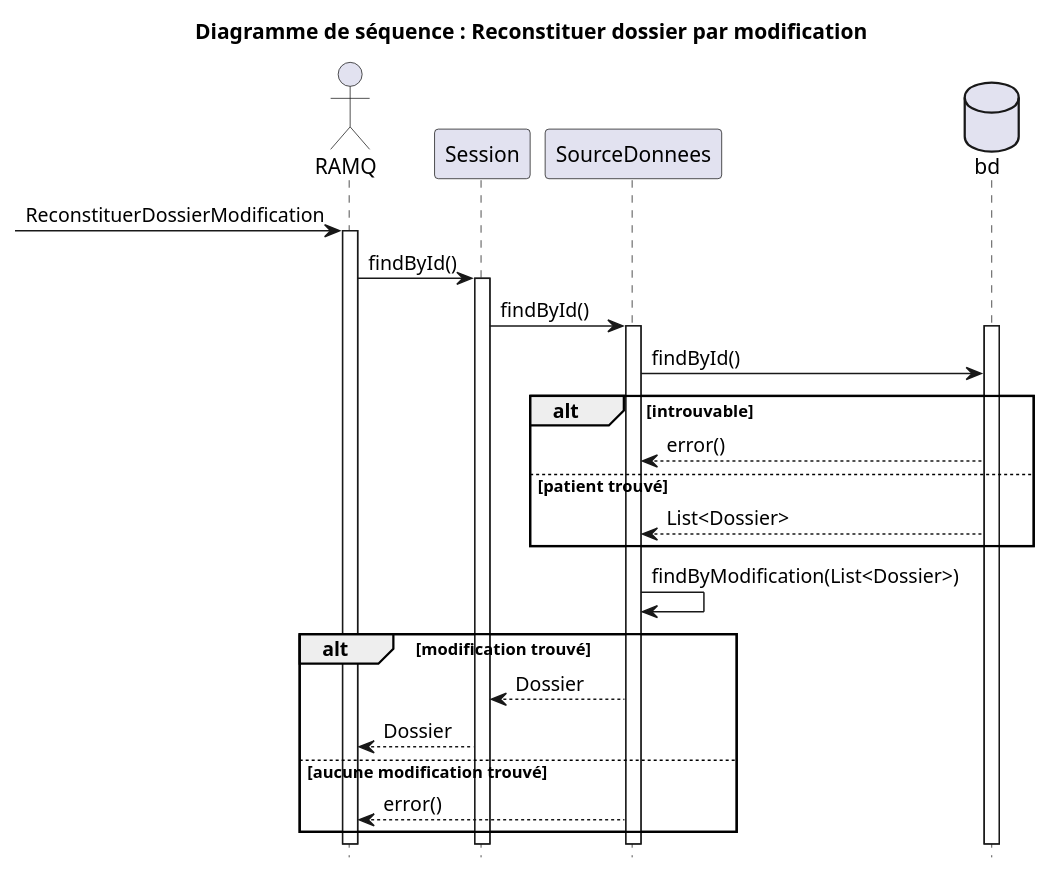
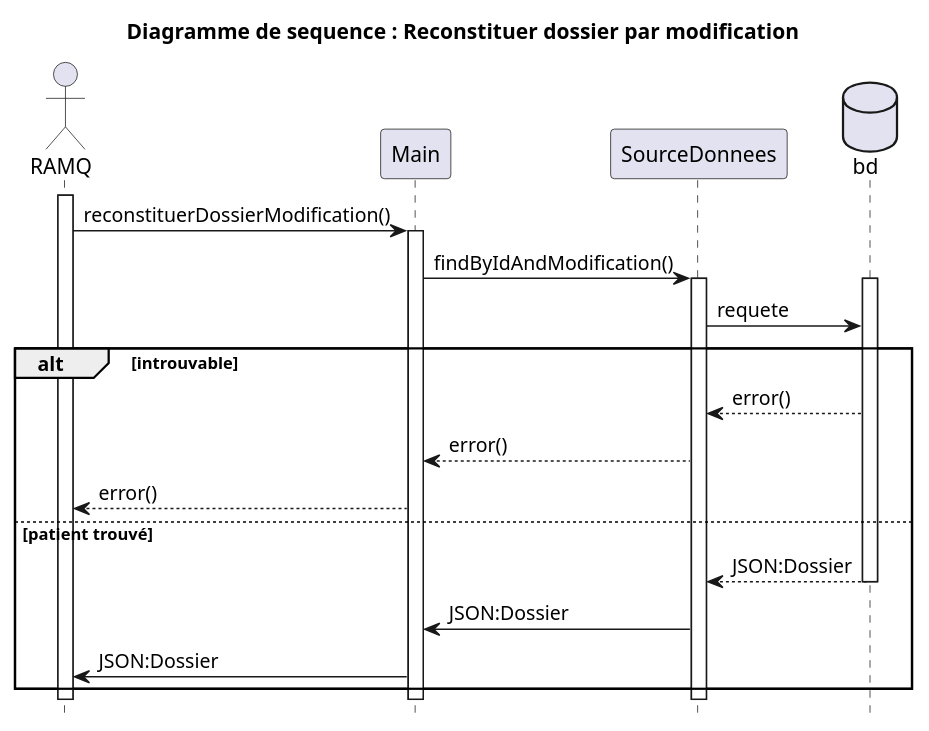
Before and after one commit to fethiuqam/INF5153-Projet-Session: the diagram in models/Diagramme_Sequences/Reconstruire_dossier_modification/reconstruireDossier_Modification.puml, drawn with PlantUML. The commit also changed 1 other file, not shown here.

Commit message:
modification des diagrammes de sequences

```diff
--- a/models/Diagramme_Sequences/Reconstruire_dossier_modification/reconstruireDossier_Modification.puml
+++ b/models/Diagramme_Sequences/Reconstruire_dossier_modification/reconstruireDossier_Modification.puml
@@ -1,28 +1,29 @@
 @startuml
-title Diagramme de séquence : Reconstituer dossier par modification
+title Diagramme de sequence : Reconstituer dossier par modification
 hide footbox
-actor "RAMQ" as ramq
--> ramq: ReconstituerDossierModification
+Actor "RAMQ" as ramq
 activate ramq
 hide footbox
-ramq -> Session: findById()
-activate Session
-Session -> SourceDonnees: findById()
+ramq -> Main: reconstituerDossierModification()
+activate Main
+Main -> SourceDonnees: findByIdAndModification()
 activate SourceDonnees
 database Bd as "bd"
 activate Bd
-SourceDonnees -> Bd: findById()
+SourceDonnees -> Bd: requete
 alt introuvable
 Bd --> SourceDonnees: error()
+SourceDonnees --> Main: error()
+Main --> ramq: error()
 else patient trouvé
-Bd --> SourceDonnees:List<Dossier>
+Bd --> SourceDonnees:JSON:Dossier
+deactivate Bd
+SourceDonnees -> Main: JSON:Dossier
+Main -> ramq: JSON:Dossier
 end
-SourceDonnees -> SourceDonnees: findByModification(List<Dossier>)
-alt modification trouvé
-SourceDonnees --> Session: Dossier
-Session --> ramq: Dossier
-else aucune modification trouvé
-SourceDonnees --> ramq: error()
-end
+deactivate SourceDonnees
+
+deactivate Main
+deactivate ramq
 
 @enduml
```
